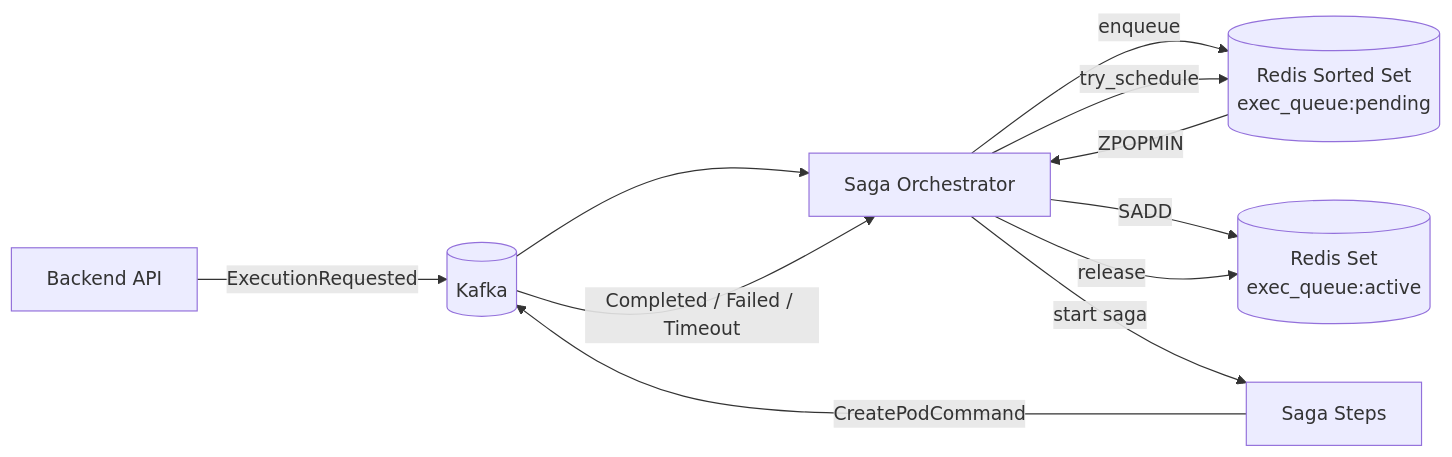
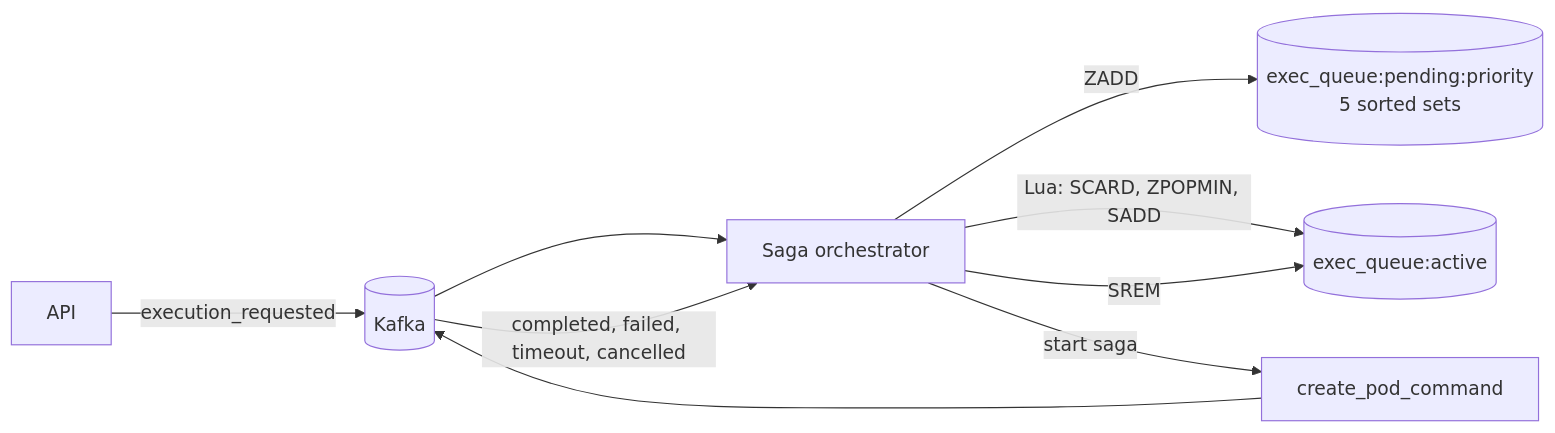
Before and after one commit to HardMax71/Integr8sCode: the diagram in docs/architecture/execution-queue.md, drawn with Mermaid. The commit also changed other lines of this file and 304 other files, not shown here.

````diff
--- a/docs/architecture/execution-queue.md
+++ b/docs/architecture/execution-queue.md
@@ -13,13 +5,11 @@
 ```mermaid
 flowchart LR
-    API[Backend API] -->|ExecutionRequested| Kafka[(Kafka)]
-    Kafka --> SAGA[Saga Orchestrator]
-    SAGA -->|enqueue| PENDING[(Redis Sorted Set<br/>exec_queue:pending)]
-    SAGA -->|try_schedule| PENDING
-    PENDING -->|ZPOPMIN| SAGA
-    SAGA -->|SADD| ACTIVE[(Redis Set<br/>exec_queue:active)]
-    SAGA -->|start saga| STEPS[Saga Steps]
-    STEPS -->|CreatePodCommand| Kafka
-    Kafka -->|Completed / Failed / Timeout| SAGA
-    SAGA -->|release| ACTIVE
+    API[API] -->|execution_requested| Kafka[(Kafka)]
+    Kafka --> SAGA[Saga orchestrator]
+    SAGA -->|ZADD| PENDING[(exec_queue:pending:priority<br/>5 sorted sets)]
+    SAGA -->|Lua: SCARD, ZPOPMIN, SADD| ACTIVE[(exec_queue:active)]
+    SAGA -->|start saga| CMD[create_pod_command]
+    CMD --> Kafka
+    Kafka -->|completed, failed, timeout, cancelled| SAGA
+    SAGA -->|SREM| ACTIVE
 ```
````
